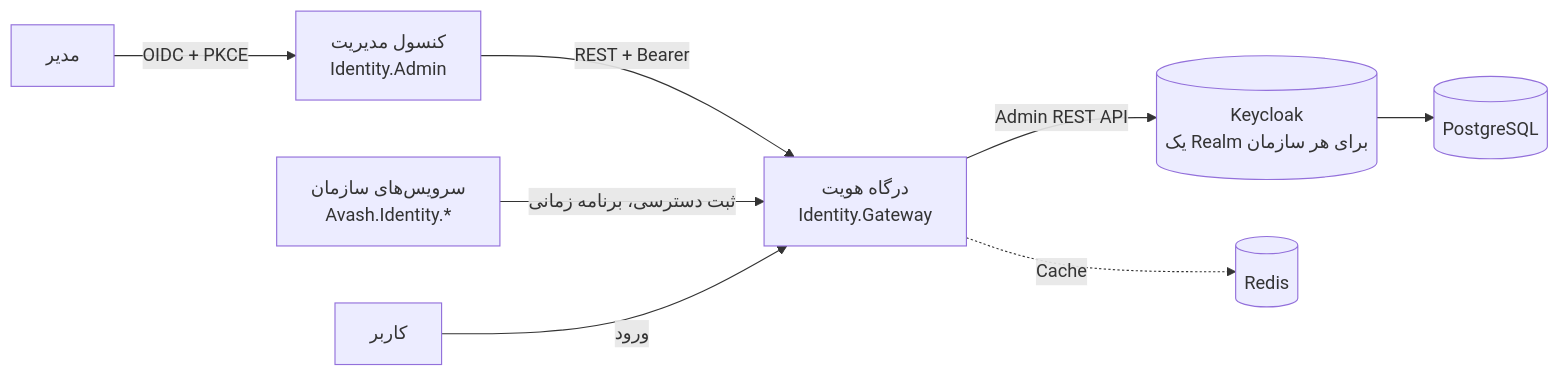
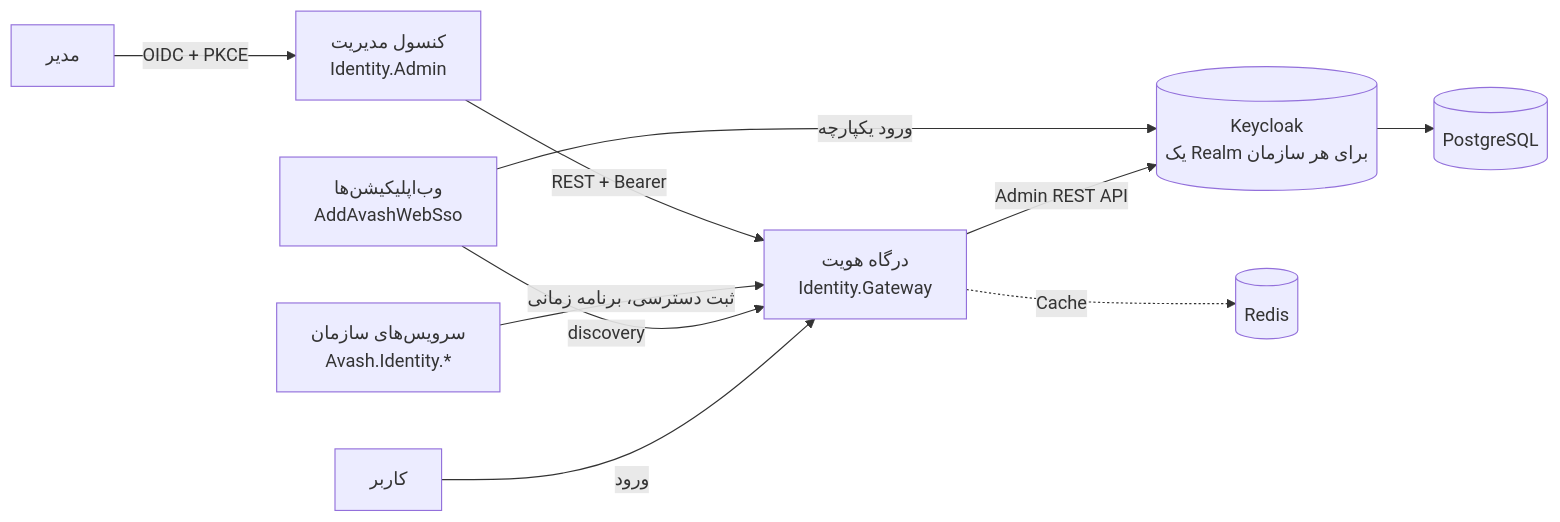
One commit to JashSmith/identity-service changed the diagram in README.md. Above: the diagram before and after it, drawn with Mermaid. The commit also changed other lines of this file and 15 other files, not shown here.

````diff
--- a/README.md
+++ b/README.md
@@ -44,10 +47,12 @@
 ```mermaid
 flowchart LR
     Admin[مدیر] -->|OIDC + PKCE| Console[کنسول مدیریت<br/>Identity.Admin]
     Console -->|REST + Bearer| Gateway[درگاه هویت<br/>Identity.Gateway]
     Service[سرویس‌های سازمان<br/>Avash.Identity.*] -->|ثبت دسترسی، برنامه زمانی| Gateway
+    Web[وب‌اپلیکیشن‌ها<br/>AddAvashWebSso] -->|discovery| Gateway
+    Web -->|ورود یکپارچه| Keycloak
     User[کاربر] -->|ورود| Gateway
     Gateway -->|Admin REST API| Keycloak[(Keycloak<br/>یک Realm برای هر سازمان)]
     Gateway -.->|Cache| Redis[(Redis)]
     Keycloak --> Postgres[(PostgreSQL)]
 ```
````
